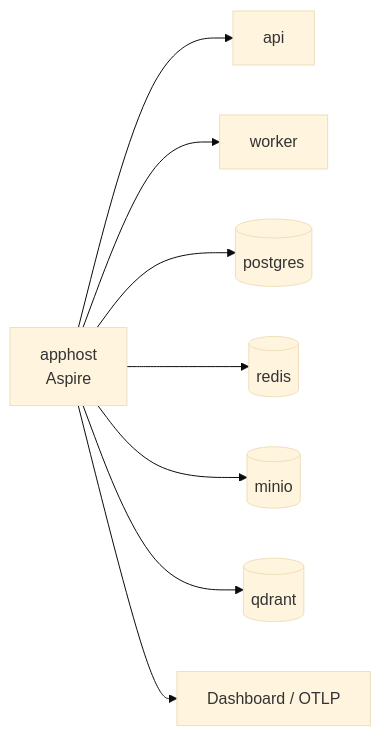
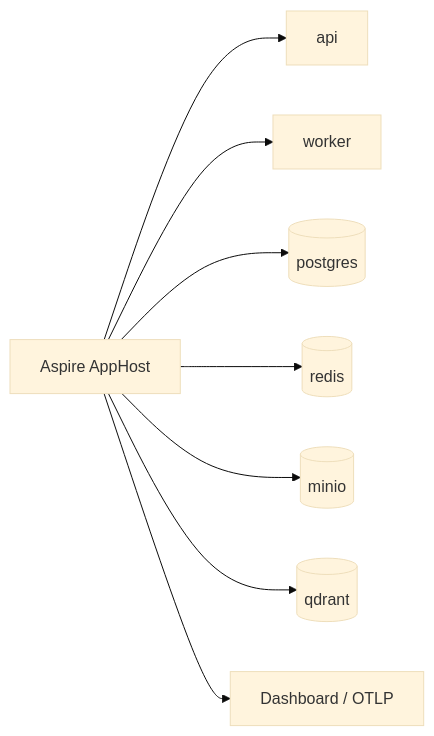
One commit to EBay1992/atlas changed the second of 2 diagrams in docs/architecture/deployment.md. Above: the diagram before and after it, drawn with Mermaid (base theme). The commit also changed other lines of this file and 3 other files, not shown here.

First line of the commit message:
docs: fix Mermaid diagrams for GitHub rendering

````diff
--- a/docs/architecture/deployment.md
+++ b/docs/architecture/deployment.md
@@ -39,11 +39,11 @@
 ```mermaid
 flowchart LR
-  AppHost[apphost<br/>Aspire]
+  AppHost["Aspire AppHost"]
   AppHost --> API[api]
   AppHost --> Worker[worker]
   AppHost --> PG[(postgres)]
   AppHost --> Redis[(redis)]
   AppHost --> MinIO[(minio)]
   AppHost --> Qdrant[(qdrant)]
-  AppHost --> Dash[Dashboard / OTLP]
+  AppHost --> Dash["Dashboard / OTLP"]
 ```
````
